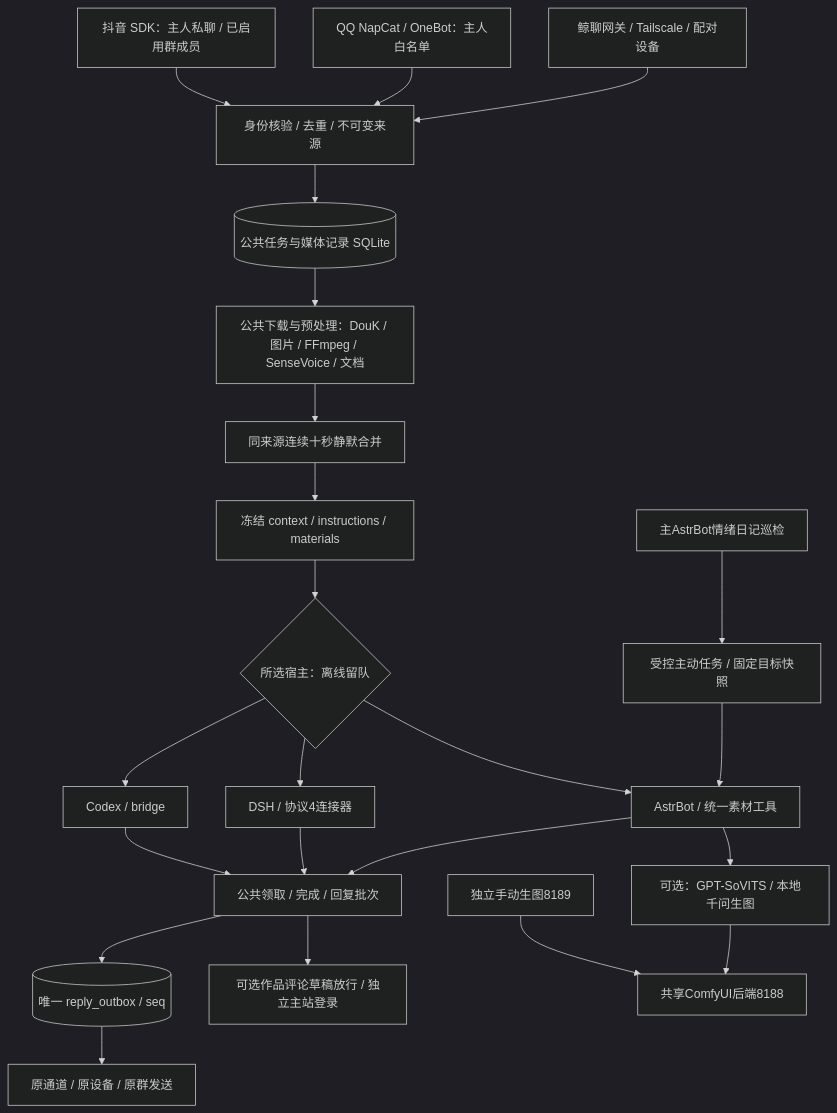
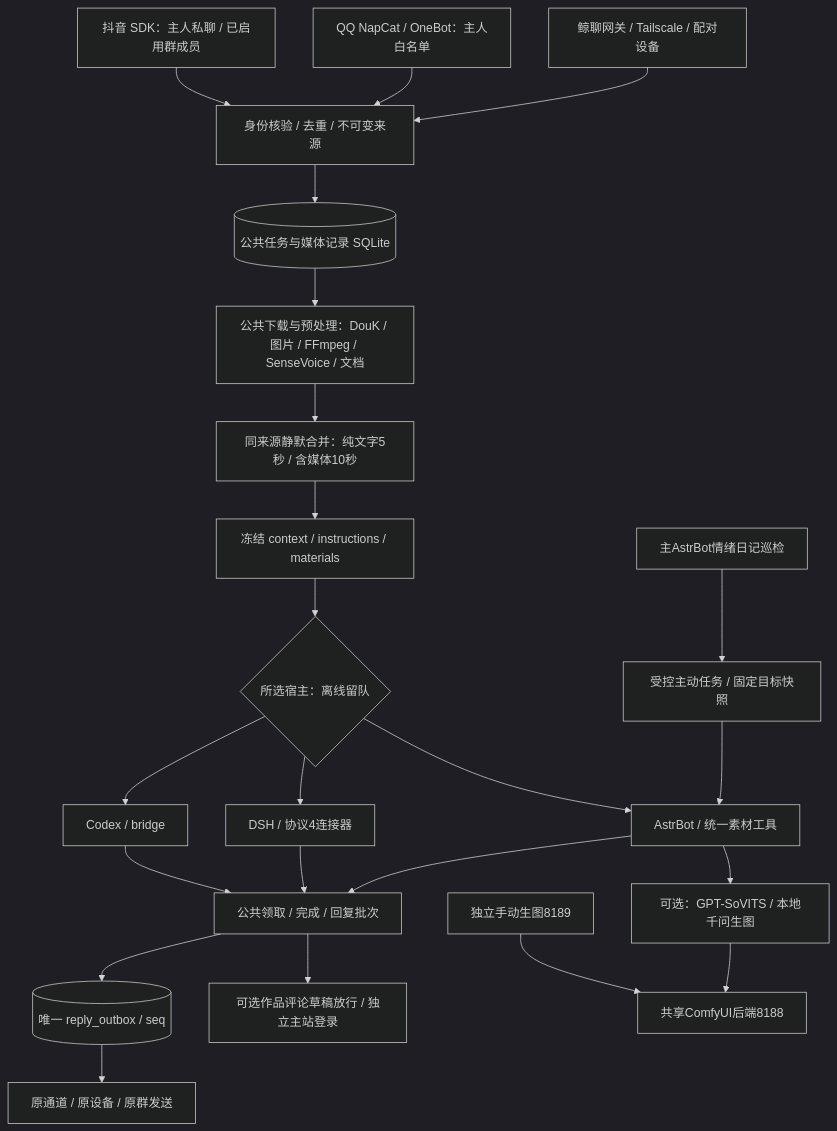
The diagram in docs/ARCHITECTURE.md (wugaixu/feiyu-assistant), drawn with Mermaid (dark theme) before and after one commit. The commit also changed other lines of this file and 19 other files, not shown here.

````diff
--- a/docs/ARCHITECTURE.md
+++ b/docs/ARCHITECTURE.md
@@ -5,25 +5,25 @@
 ```mermaid
 flowchart TD
   DY[抖音 SDK：主人私聊 / 已启用群成员] --> IN[身份核验 / 去重 / 不可变来源]
   QQ[QQ NapCat / OneBot：主人白名单] --> IN
   W[鲸聊网关 / Tailscale / 配对设备] --> IN
   IN --> DB[(公共任务与媒体记录 SQLite)]
   DB --> M[公共下载与预处理：DouK / 图片 / FFmpeg / SenseVoice / 文档]
-  M --> MERGE[同来源连续十秒静默合并]
+  M --> MERGE[同来源静默合并：纯文字5秒 / 含媒体10秒]
   MERGE --> PKG[冻结 context / instructions / materials]
   PKG --> HOST{所选宿主：离线留队}
   HOST --> C[Codex / bridge]
   HOST --> D[DSH / 协议4连接器]
   HOST --> A[AstrBot / 统一素材工具]
   A --> OPT[可选：GPT-SoVITS / 本地千问生图]
   C --> FIN[公共领取 / 完成 / 回复批次]
   D --> FIN
   A --> FIN
   FIN --> OUT[(唯一 reply_outbox / seq)]
   FIN --> COMMENT[可选作品评论草稿放行 / 独立主站登录]
   OUT --> ROUTE[原通道 / 原设备 / 原群发送]
   DIARY[主AstrBot情绪日记巡检] --> JOB[受控主动任务 / 固定目标快照]
   JOB --> A
   MANUAL[独立手动生图8189] --> COMFY[共享ComfyUI后端8188]
   OPT --> COMFY
 ```
````
